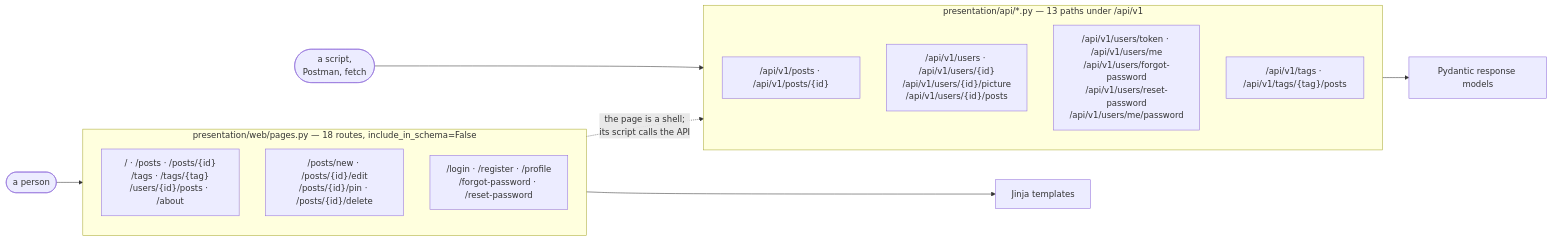
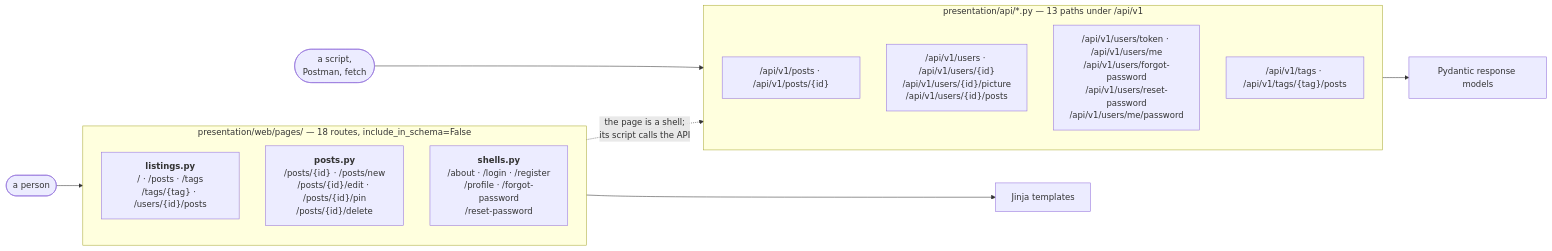
The second of 4 diagrams in docs/architecture.md (OstapchukIryna/fastapi-blog), drawn with Mermaid before and after one commit. The commit also changed other lines of this file and 19 other files, not shown here.

````diff
--- a/docs/architecture.md
+++ b/docs/architecture.md
@@ -147,23 +181,23 @@
 ```mermaid
 graph LR
     person([a person]) --> pages_r
     script([a script,<br/>Postman, fetch]) --> api_r
 
-    subgraph pages_r["presentation/web/pages.py — 18 routes, include_in_schema=False"]
+    subgraph pages_r["presentation/web/pages/ — 18 routes, include_in_schema=False"]
         direction TB
-        p1["/ · /posts · /posts/{id}<br/>/tags · /tags/{tag}<br/>/users/{id}/posts · /about"]
-        p2["/posts/new · /posts/{id}/edit<br/>/posts/{id}/pin · /posts/{id}/delete"]
-        p3["/login · /register · /profile<br/>/forgot-password · /reset-password"]
+        p1["<b>listings.py</b><br/>/ · /posts · /tags<br/>/tags/{tag} · /users/{id}/posts"]
+        p2["<b>posts.py</b><br/>/posts/{id} · /posts/new<br/>/posts/{id}/edit · /posts/{id}/pin<br/>/posts/{id}/delete"]
+        p3["<b>shells.py</b><br/>/about · /login · /register<br/>/profile · /forgot-password<br/>/reset-password"]
     end
 
     subgraph api_r["presentation/api/*.py — 13 paths under /api/v1"]
         a1["/api/v1/posts · /api/v1/posts/{id}"]
         a2["/api/v1/users · /api/v1/users/{id}<br/>/api/v1/users/{id}/picture<br/>/api/v1/users/{id}/posts"]
         a3["/api/v1/users/token · /api/v1/users/me<br/>/api/v1/users/forgot-password<br/>/api/v1/users/reset-password<br/>/api/v1/users/me/password"]
         a4["/api/v1/tags · /api/v1/tags/{tag}/posts"]
     end
 
     pages_r --> jinja[Jinja templates]
     api_r --> pyd[Pydantic response models]
     p3 -. "the page is a shell;<br/>its script calls the API" .-> api_r
 ```
````
